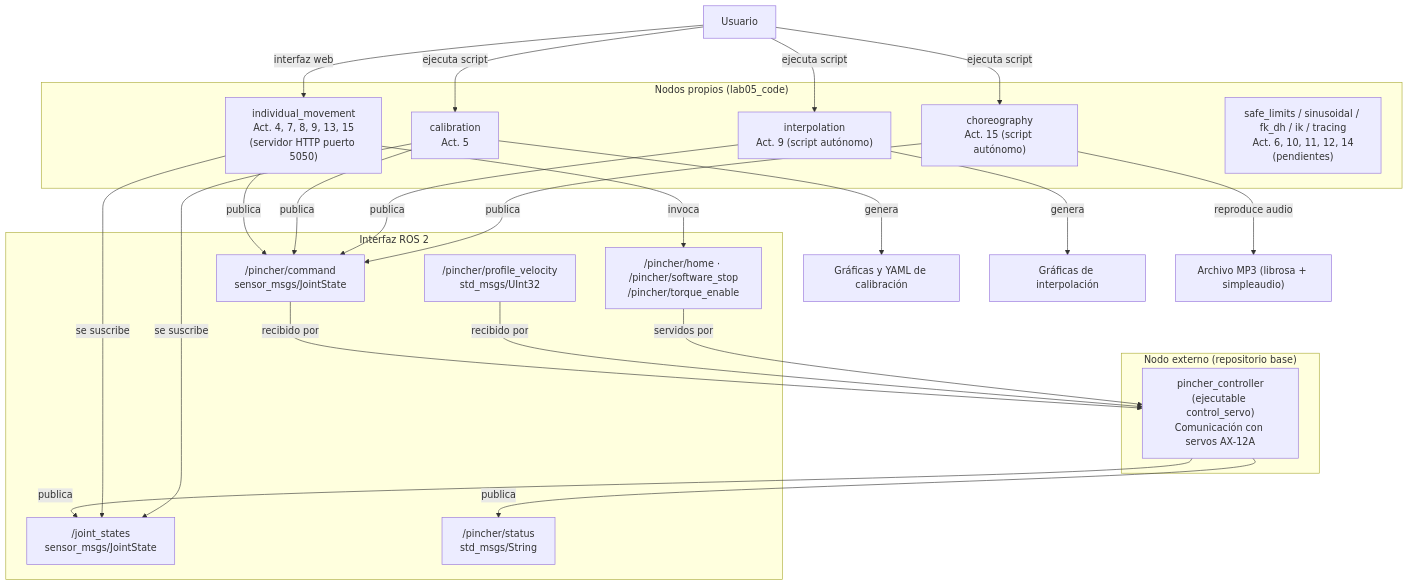
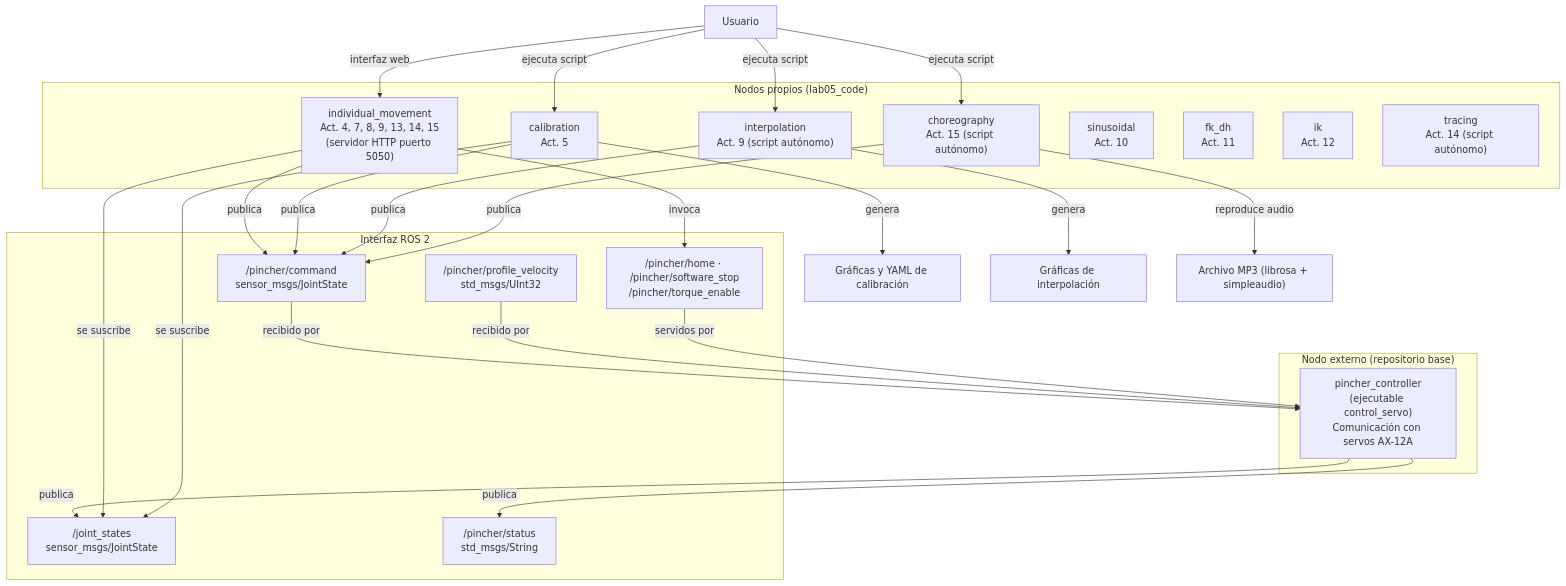
One commit to labsir-un/Robotica-2026-I-Equipo-2E-Mora-Pacheco-Pinilla changed the first of 6 diagrams in Laboratorio No. 05 - Robótica de Desarrollo ROS Jazzy y Phantom Pincher X100/README.MD. Above: the diagram before and after it, drawn with Mermaid. The commit also changed other lines of this file and 1 other file, not shown here.

Commit message:
fix: eliminar README duplicado en src/lab05_code y actualizar README correcto con Act 6, 10, 11, 12, 14

````diff
--- a/Laboratorio No. 05 - Robótica de Desarrollo ROS Jazzy y Phantom Pincher X100/README.MD
+++ b/Laboratorio No. 05 - Robótica de Desarrollo ROS Jazzy y Phantom Pincher X100/README.MD
@@ -297,47 +297,50 @@
 ```mermaid
 flowchart TD
     subgraph EXT["Nodo externo (repositorio base)"]
         PC["pincher_controller<br/>(ejecutable control_servo)<br/>Comunicación con servos AX-12A"]
     end
 
     subgraph ROS["Interfaz ROS 2"]
         JS["/joint_states<br/>sensor_msgs/JointState"]
         ST["/pincher/status<br/>std_msgs/String"]
         CMD["/pincher/command<br/>sensor_msgs/JointState"]
         VEL["/pincher/profile_velocity<br/>std_msgs/UInt32"]
         HOME["/pincher/home · /pincher/software_stop<br/>/pincher/torque_enable"]
     end
 
     PC -- publica --> JS
     PC -- publica --> ST
     CMD -- recibido por --> PC
     VEL -- recibido por --> PC
     HOME -- servidos por --> PC
 
     subgraph NODOS["Nodos propios (lab05_code)"]
-        IM["individual_movement<br/>Act. 4, 7, 8, 9, 13, 15<br/>(servidor HTTP puerto 5050)"]
+        IM["individual_movement<br/>Act. 4, 7, 8, 9, 13, 14, 15<br/>(servidor HTTP puerto 5050)"]
         CAL["calibration<br/>Act. 5"]
         INTERP["interpolation<br/>Act. 9 (script autónomo)"]
         DANCE["choreography<br/>Act. 15 (script autónomo)"]
-        PEND["safe_limits / sinusoidal / fk_dh / ik / tracing<br/>Act. 6, 10, 11, 12, 14<br/>(pendientes)"]
+        SIN["sinusoidal<br/>Act. 10"]
+        FK["fk_dh<br/>Act. 11"]
+        IK["ik<br/>Act. 12"]
+        TR["tracing<br/>Act. 14 (script autónomo)"]
     end
 
     IM -- publica --> CMD
     IM -- se suscribe --> JS
     IM -- invoca --> HOME
 
     CAL -- publica --> CMD
     CAL -- se suscribe --> JS
     CAL -- genera --> RES["Gráficas y YAML de calibración"]
 
     INTERP -- publica --> CMD
     INTERP -- genera --> PLOTS["Gráficas de interpolación"]
 
     DANCE -- publica --> CMD
     DANCE -- reproduce audio --> AUDIO["Archivo MP3 (librosa + simpleaudio)"]
 
     USER["Usuario"] -- interfaz web --> IM
     USER -- ejecuta script --> CAL
     USER -- ejecuta script --> INTERP
     USER -- ejecuta script --> DANCE
 ```
````
